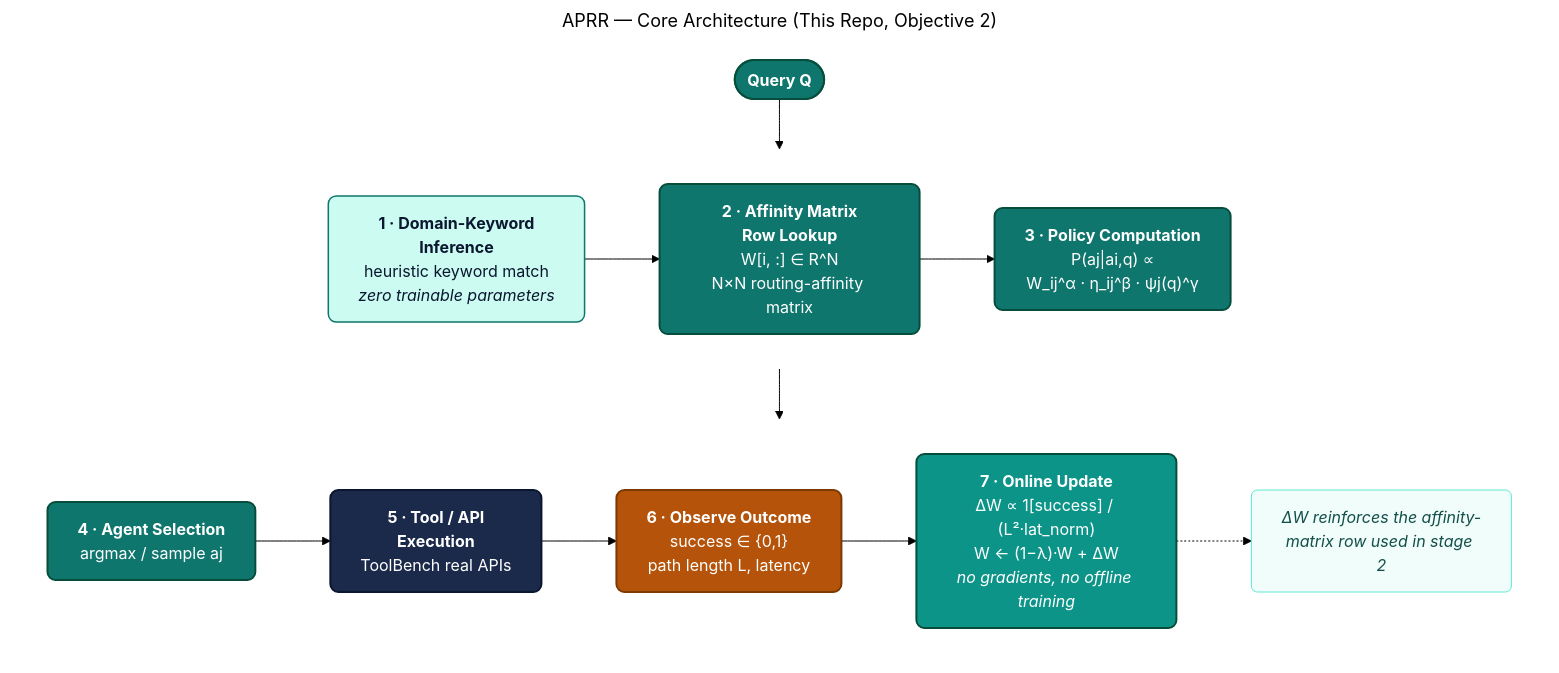
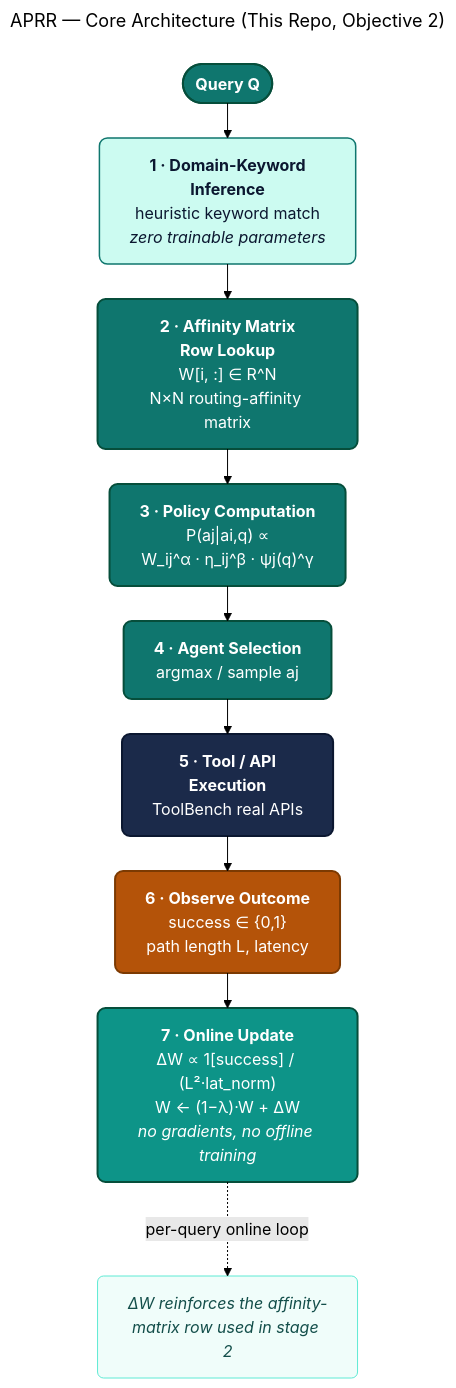
One commit to joyjeni/aprr-multi-agent-routing changed the second of 4 diagrams in README.md. Above: the diagram before and after it, drawn with Mermaid (forest theme). The commit also changed other lines of this file and 8 other files, not shown here.

````diff
--- a/README.md
+++ b/README.md
@@ -94,39 +85,28 @@
 ```mermaid
 ---
 title: APRR — Core Architecture (This Repo, Objective 2)
+config:
+  layout: elk
 ---
 flowchart TD
     Q(["<b>Query Q</b>"]):::input
+    KW["<b>1 · Domain-Keyword<br/>Inference</b><br/>heuristic keyword match<br/><i>zero trainable parameters</i>"]:::light
+    ROW["<b>2 · Affinity Matrix<br/>Row Lookup</b><br/>W[i, :] &isin; R^N<br/>N&times;N routing-affinity matrix"]:::core
+    POL["<b>3 · Policy Computation</b><br/>P(aj|ai,q) &prop;<br/>W_ij^&alpha; &middot; &eta;_ij^&beta; &middot; &psi;j(q)^&gamma;"]:::core
+    SEL["<b>4 · Agent Selection</b><br/>argmax / sample aj"]:::core
+    EXEC["<b>5 · Tool / API<br/>Execution</b><br/>ToolBench real APIs"]:::exec
+    OUT["<b>6 · Observe Outcome</b><br/>success &isin; {0,1}<br/>path length L, latency"]:::observe
+    UPD["<b>7 · Online Update</b><br/>&Delta;W &prop; 1[success] / (L&sup2;&middot;lat_norm)<br/>W &larr; (1&minus;&lambda;)&middot;W + &Delta;W<br/><i>no gradients, no offline training</i>"]:::update
+    NOTE["<i>&Delta;W reinforces the affinity-<br/>matrix row used in stage 2</i>"]:::note
 
-    subgraph ROW1[" "]
-        direction LR
-        KW["<b>1 · Domain-Keyword<br/>Inference</b><br/>heuristic keyword match<br/><i>zero trainable parameters</i>"]:::light
-        ROW["<b>2 · Affinity Matrix<br/>Row Lookup</b><br/>W[i, :] &isin; R^N<br/>N&times;N routing-affinity matrix"]:::core
-        POL["<b>3 · Policy Computation</b><br/>P(aj|ai,q) &prop;<br/>W_ij^&alpha; &middot; &eta;_ij^&beta; &middot; &psi;j(q)^&gamma;"]:::core
-        KW --> ROW --> POL
-    end
-
-    subgraph ROW2[" "]
-        direction LR
-        SEL["<b>4 · Agent Selection</b><br/>argmax / sample aj"]:::core
-        EXEC["<b>5 · Tool / API<br/>Execution</b><br/>ToolBench real APIs"]:::exec
-        OUT["<b>6 · Observe Outcome</b><br/>success &isin; {0,1}<br/>path length L, latency"]:::observe
-        UPD["<b>7 · Online Update</b><br/>&Delta;W &prop; 1[success] / (L&sup2;&middot;lat_norm)<br/>W &larr; (1&minus;&lambda;)&middot;W + &Delta;W<br/><i>no gradients, no offline training</i>"]:::update
-        NOTE["<i>&Delta;W reinforces the affinity-<br/>matrix row used in stage 2</i>"]:::note
-        SEL --> EXEC --> OUT --> UPD
-        UPD -.-> NOTE
-    end
-
-    Q --> KW
-    POL --> SEL
+    Q --> KW --> ROW --> POL --> SEL --> EXEC --> OUT --> UPD
+    UPD -.->|"per-query online loop"| NOTE
 
     classDef input fill:#0F766E,color:#ffffff,stroke:#064E3B,stroke-width:2px,rx:8,ry:8
     classDef light fill:#CCFBF1,color:#0B1730,stroke:#0F766E,stroke-width:1.5px,rx:8,ry:8
     classDef core fill:#0F766E,color:#ffffff,stroke:#064E3B,stroke-width:2px,rx:8,ry:8
     classDef exec fill:#1B2A4A,color:#ffffff,stroke:#0B1730,stroke-width:2px,rx:8,ry:8
     classDef observe fill:#B45309,color:#ffffff,stroke:#7C3A02,stroke-width:2px,rx:8,ry:8
     classDef update fill:#0D9488,color:#ffffff,stroke:#064E3B,stroke-width:2px,rx:8,ry:8
     classDef note fill:#F0FDFA,color:#134E4A,stroke:#5EEAD4,stroke-width:1px,rx:6,ry:6
-    style ROW1 fill:none,stroke:none
-    style ROW2 fill:none,stroke:none
 ```
````
